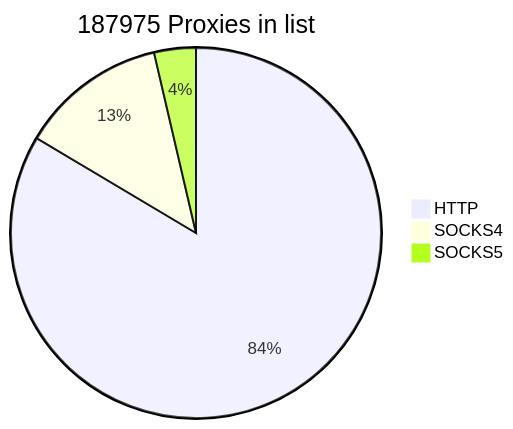
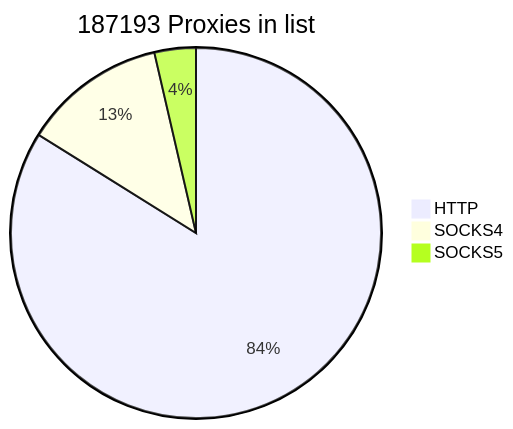
Before and after one commit to cutipu/proxylist: the first of 2 diagrams in README.md, drawn with Mermaid. The commit also changed other lines of this file, not shown here.

````diff
--- a/README.md
+++ b/README.md
@@ -2,7 +2,7 @@
 ```mermaid
-pie title 187975 Proxies in list
-    "HTTP" : 157039
-    "SOCKS4" : 24090
-    "SOCKS5" : 6846
+pie title 187193 Proxies in list
+    "HTTP" : 157014
+    "SOCKS4" : 23415
+    "SOCKS5" : 6764
             
 ```
````
